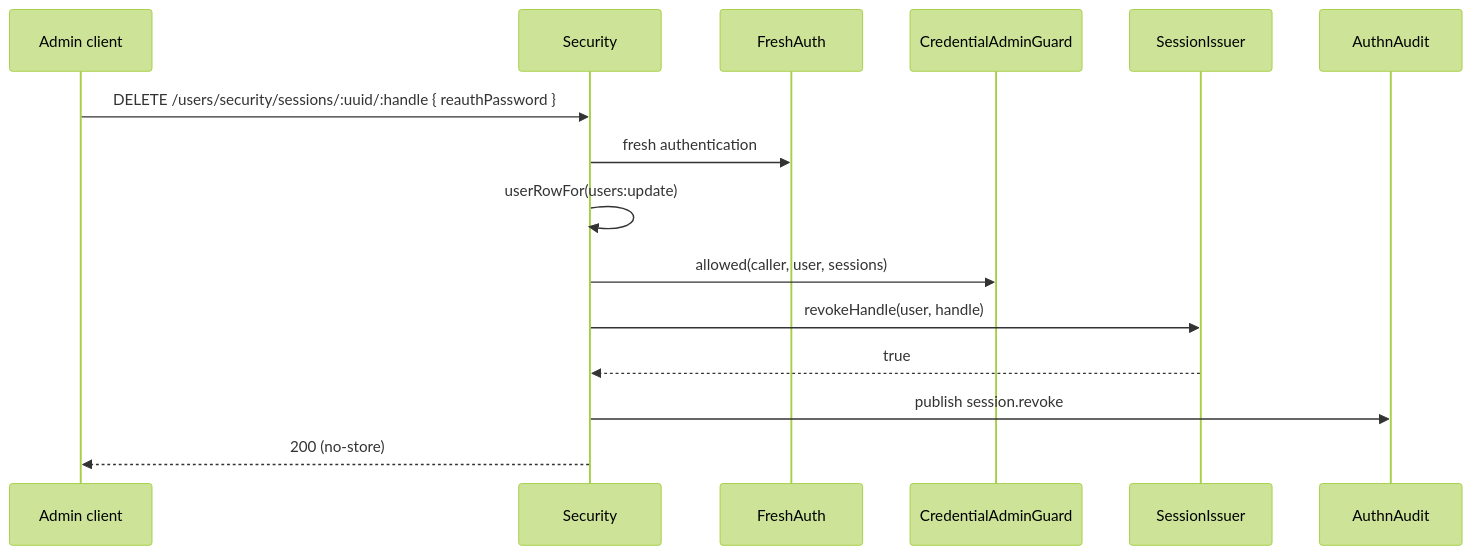
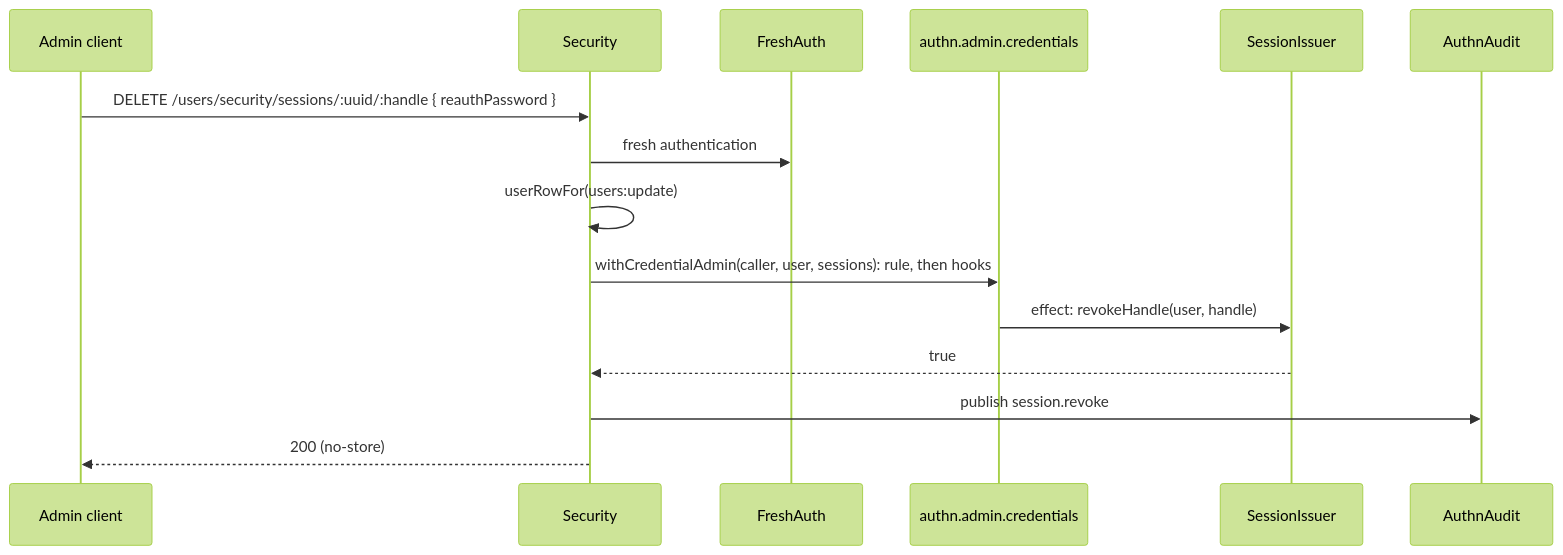
One commit to spinajs/main changed the diagram in docs/users-http/07-lifecycle-and-sessions.md. Above: the diagram before and after it, drawn with Mermaid (forest theme). The commit also changed other lines of this file and 29 other files, not shown here.

First line of the commit message:
docs: the credential admin rule, the account disable hook, the registration mail hook and the token profile hook

````diff
--- a/docs/users-http/07-lifecycle-and-sessions.md
+++ b/docs/users-http/07-lifecycle-and-sessions.md
@@ -60,17 +60,17 @@
 ```mermaid
 sequenceDiagram
   participant C as Admin client
   participant S as Security
   participant F as FreshAuth
-  participant G as CredentialAdminGuard
+  participant G as authn.admin.credentials
   participant I as SessionIssuer
   participant A as AuthnAudit
   C->>S: DELETE /users/security/sessions/:uuid/:handle { reauthPassword }
   S->>F: fresh authentication
   S->>S: userRowFor(users:update)
-  S->>G: allowed(caller, user, sessions)
-  S->>I: revokeHandle(user, handle)
+  S->>G: withCredentialAdmin(caller, user, sessions): rule, then hooks
+  G->>I: effect: revokeHandle(user, handle)
   I-->>S: true
   S->>A: publish session.revoke
   S-->>C: 200 (no-store)
 ```
````
